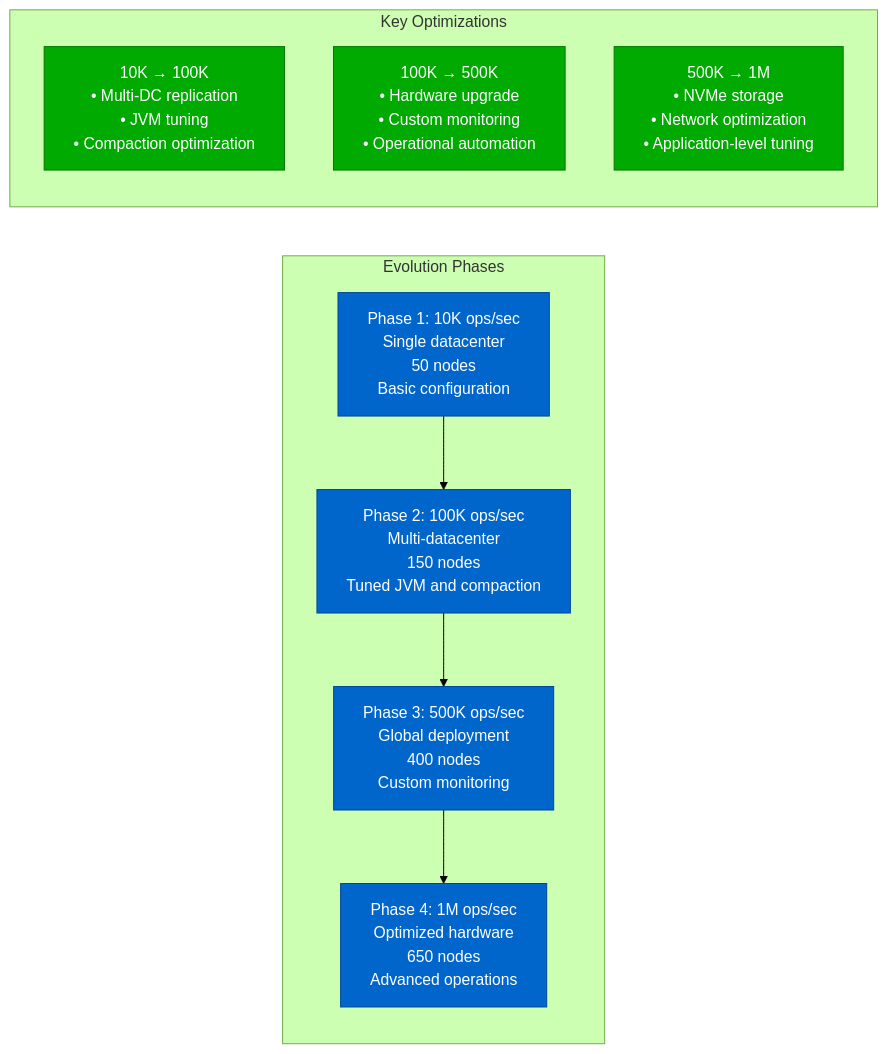
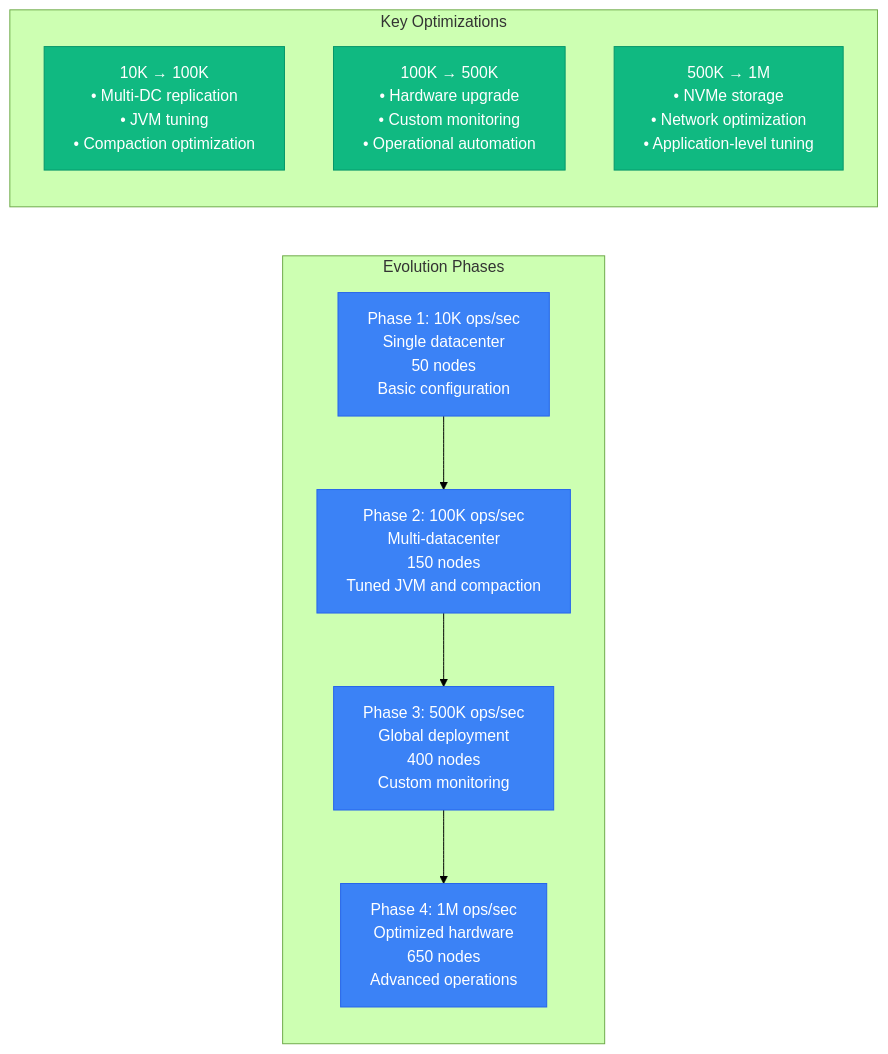
One commit to deepaucksharma/DS changed diagram 14 of 14 in site/docs/performance/cassandra-performance-profile.md. Above: the diagram before and after it, drawn with Mermaid (forest theme). The commit also changed other lines of this file and 303 other files, not shown here.

````diff
--- a/site/docs/performance/cassandra-performance-profile.md
+++ b/site/docs/performance/cassandra-performance-profile.md
@@ -481,28 +481,28 @@
 ```mermaid
 graph LR
     subgraph "Evolution Phases"
         P1[Phase 1: 10K ops/sec<br/>Single datacenter<br/>50 nodes<br/>Basic configuration]
 
         P2[Phase 2: 100K ops/sec<br/>Multi-datacenter<br/>150 nodes<br/>Tuned JVM and compaction]
 
         P3[Phase 3: 500K ops/sec<br/>Global deployment<br/>400 nodes<br/>Custom monitoring]
 
         P4[Phase 4: 1M ops/sec<br/>Optimized hardware<br/>650 nodes<br/>Advanced operations]
 
         P1 --> P2 --> P3 --> P4
     end
 
     subgraph "Key Optimizations"
         O1[10K → 100K<br/>• Multi-DC replication<br/>• JVM tuning<br/>• Compaction optimization]
 
         O2[100K → 500K<br/>• Hardware upgrade<br/>• Custom monitoring<br/>• Operational automation]
 
         O3[500K → 1M<br/>• NVMe storage<br/>• Network optimization<br/>• Application-level tuning]
     end
 
-    classDef phaseStyle fill:#0066CC,stroke:#004499,color:#fff
-    classDef optimStyle fill:#00AA00,stroke:#007700,color:#fff
+    classDef phaseStyle fill:#3B82F6,stroke:#2563EB,color:#fff
+    classDef optimStyle fill:#10B981,stroke:#059669,color:#fff
 
     class P1,P2,P3,P4 phaseStyle
     class O1,O2,O3 optimStyle
 ```
````
